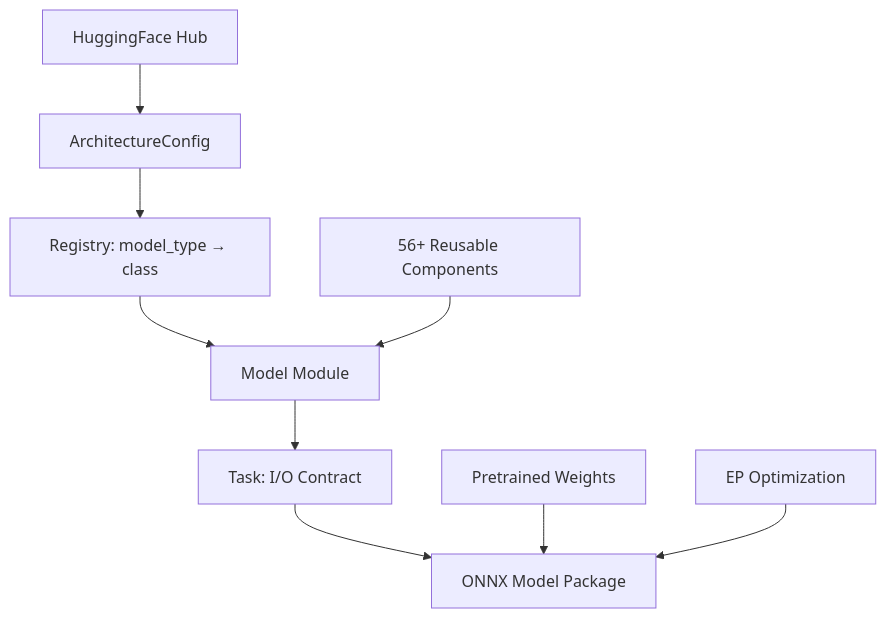
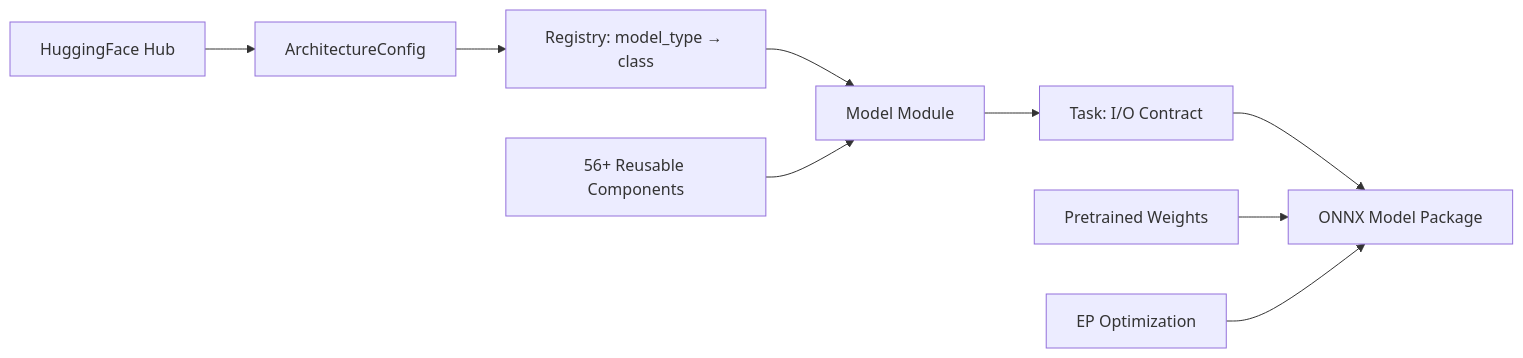
One commit to justinchuby/talk-mobius changed the first of 2 diagrams in slides.md. Above: the diagram before and after it, drawn with Mermaid. The commit also changed other lines of this file, not shown here.

````diff
--- a/slides.md
+++ b/slides.md
@@ -266,11 +266,11 @@
 ```mermaid
-graph TD
+graph LR
     HF[HuggingFace Hub] --> Config[ArchitectureConfig]
     Config --> Registry[Registry: model_type → class]
     Registry --> Model[Model Module]
     Components[56+ Reusable Components] --> Model
     Model --> Task[Task: I/O Contract]
     Task --> ONNX[ONNX Model Package]
     Weights[Pretrained Weights] --> ONNX
     EP[EP Optimization] --> ONNX
 ```
````
